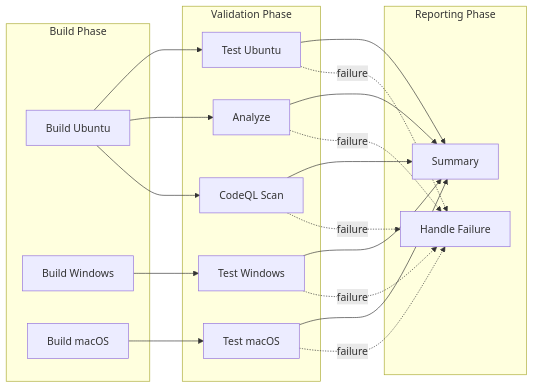
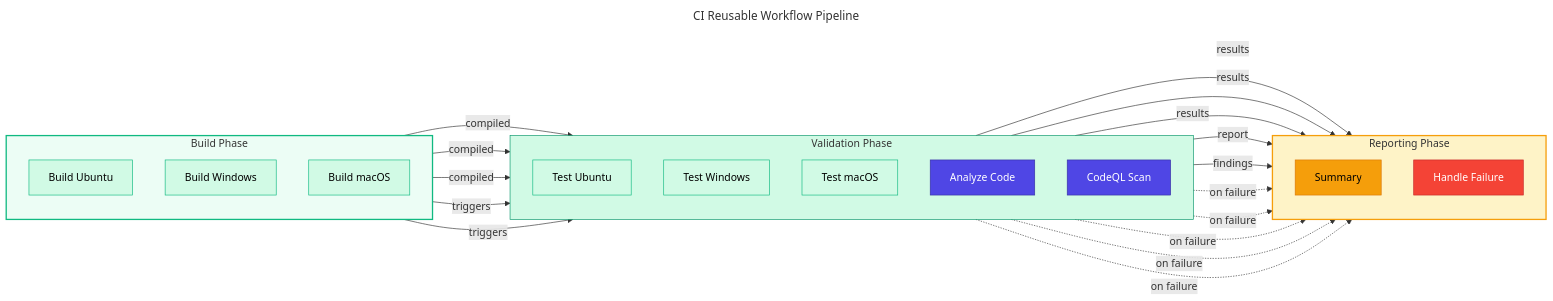
The first of 2 diagrams in docs/devops/ci-dotnet-reusable.md (Evilazaro/Azure-LogicApps-Monitoring), drawn with Mermaid before and after one commit. The commit also changed other lines of this file and 3 other files, not shown here.

Commit message:
docs: Update DevOps documentation with enhanced Mermaid diagrams for CI/CD workflows

````diff
--- a/docs/devops/ci-dotnet-reusable.md
+++ b/docs/devops/ci-dotnet-reusable.md
@@ -68,37 +68,63 @@
 ```mermaid
+---
+title: CI Reusable Workflow Pipeline
+---
 flowchart LR
-    subgraph build_phase["Build Phase"]
-        build_ubuntu["Build Ubuntu"]
-        build_windows["Build Windows"]
-        build_macos["Build macOS"]
+    %% ===== BUILD PHASE =====
+    subgraph buildPhase["Build Phase"]
+        direction TB
+        buildUbuntu["Build Ubuntu"]:::matrix
+        buildWindows["Build Windows"]:::matrix
+        buildMacos["Build macOS"]:::matrix
     end
 
-    subgraph validation_phase["Validation Phase"]
-        test_ubuntu["Test Ubuntu"]
-        test_windows["Test Windows"]
-        test_macos["Test macOS"]
-        analyze["Analyze"]
-        codeql["CodeQL Scan"]
+    %% ===== VALIDATION PHASE =====
+    subgraph validationPhase["Validation Phase"]
+        direction TB
+        testUbuntu["Test Ubuntu"]:::matrix
+        testWindows["Test Windows"]:::matrix
+        testMacos["Test macOS"]:::matrix
+        analyze["Analyze Code"]:::primary
+        codeql["CodeQL Scan"]:::primary
     end
 
-    subgraph reporting_phase["Reporting Phase"]
-        summary["Summary"]
-        failure["Handle Failure"]
+    %% ===== REPORTING PHASE =====
+    subgraph reportingPhase["Reporting Phase"]
+        direction TB
+        summary["Summary"]:::datastore
+        failure["Handle Failure"]:::failed
     end
 
-    build_ubuntu --> test_ubuntu
-    build_windows --> test_windows
-    build_macos --> test_macos
-    build_ubuntu --> analyze
-    build_ubuntu --> codeql
-    test_ubuntu --> summary
-    test_windows --> summary
-    test_macos --> summary
-    analyze --> summary
-    codeql --> summary
-    test_ubuntu -.->|failure| failure
-    test_windows -.->|failure| failure
-    test_macos -.->|failure| failure
-    analyze -.->|failure| failure
-    codeql -.->|failure| failure
+    %% ===== CONNECTIONS =====
+    buildUbuntu -->|compiled| testUbuntu
+    buildWindows -->|compiled| testWindows
+    buildMacos -->|compiled| testMacos
+    buildUbuntu -->|triggers| analyze
+    buildUbuntu -->|triggers| codeql
+    testUbuntu -->|results| summary
+    testWindows -->|results| summary
+    testMacos -->|results| summary
+    analyze -->|report| summary
+    codeql -->|findings| summary
+    testUbuntu -.->|on failure| failure
+    testWindows -.->|on failure| failure
+    testMacos -.->|on failure| failure
+    analyze -.->|on failure| failure
+    codeql -.->|on failure| failure
+
+    %% ===== NODE STYLES =====
+    classDef primary fill:#4F46E5,stroke:#3730A3,color:#FFFFFF
+    classDef secondary fill:#10B981,stroke:#059669,color:#FFFFFF
+    classDef datastore fill:#F59E0B,stroke:#D97706,color:#000000
+    classDef external fill:#6B7280,stroke:#4B5563,color:#FFFFFF,stroke-dasharray:5 5
+    classDef failed fill:#F44336,stroke:#C62828,color:#FFFFFF
+    classDef trigger fill:#818CF8,stroke:#4F46E5,color:#FFFFFF
+    classDef decision fill:#FFFBEB,stroke:#F59E0B,color:#000000
+    classDef input fill:#F3F4F6,stroke:#6B7280,color:#000000
+    classDef matrix fill:#D1FAE5,stroke:#10B981,color:#000000
+
+    %% ===== SUBGRAPH STYLES =====
+    style buildPhase fill:#ECFDF5,stroke:#10B981,stroke-width:2px
+    style validationPhase fill:#D1FAE5,stroke:#059669,stroke-width:1px
+    style reportingPhase fill:#FEF3C7,stroke:#F59E0B,stroke-width:2px
 ```
````
